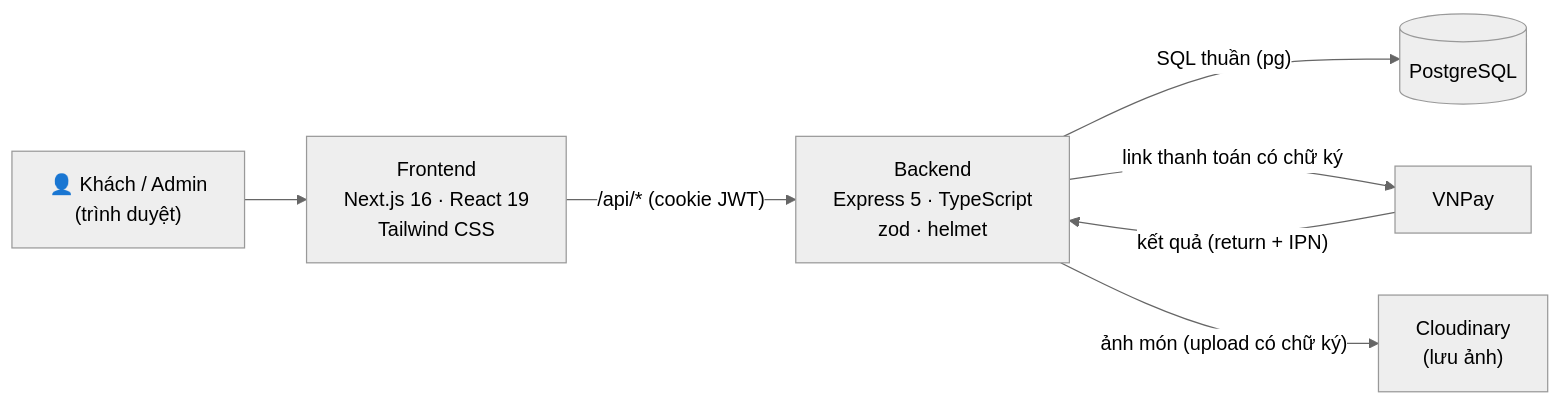
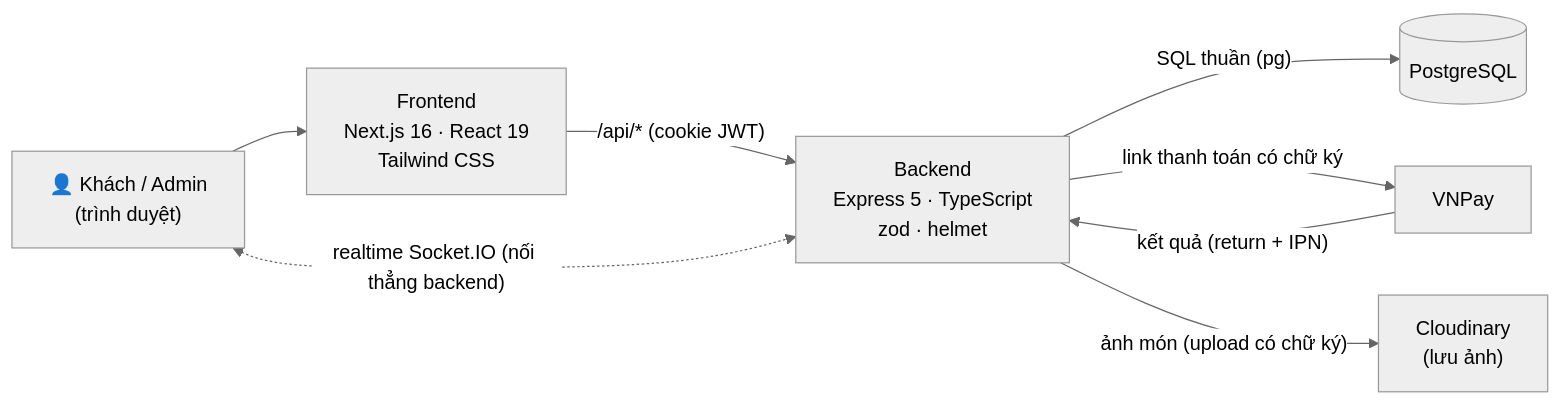
Before and after one commit to Kaito1412Hung/hung-cafe: the diagram in README.md, drawn with Mermaid (neutral theme). The commit also changed other lines of this file and 25 other files, not shown here.

First line of the commit message:
Realtime bằng Socket.IO: đơn mới và đơn đổi trạng thái hiện ngay

````diff
--- a/README.md
+++ b/README.md
@@ -75,9 +76,10 @@
 ```mermaid
 flowchart LR
     U["👤 Khách / Admin<br/>(trình duyệt)"] --> F["Frontend<br/>Next.js 16 · React 19<br/>Tailwind CSS"]
     F -- "/api/* (cookie JWT)" --> B["Backend<br/>Express 5 · TypeScript<br/>zod · helmet"]
     B -- "SQL thuần (pg)" --> D[("PostgreSQL")]
     B -- "link thanh toán có chữ ký" --> V["VNPay"]
     V -- "kết quả (return + IPN)" --> B
     B -- "ảnh món (upload có chữ ký)" --> C["Cloudinary<br/>(lưu ảnh)"]
+    U <-. "realtime Socket.IO (nối thẳng backend)" .-> B
 ```
````
